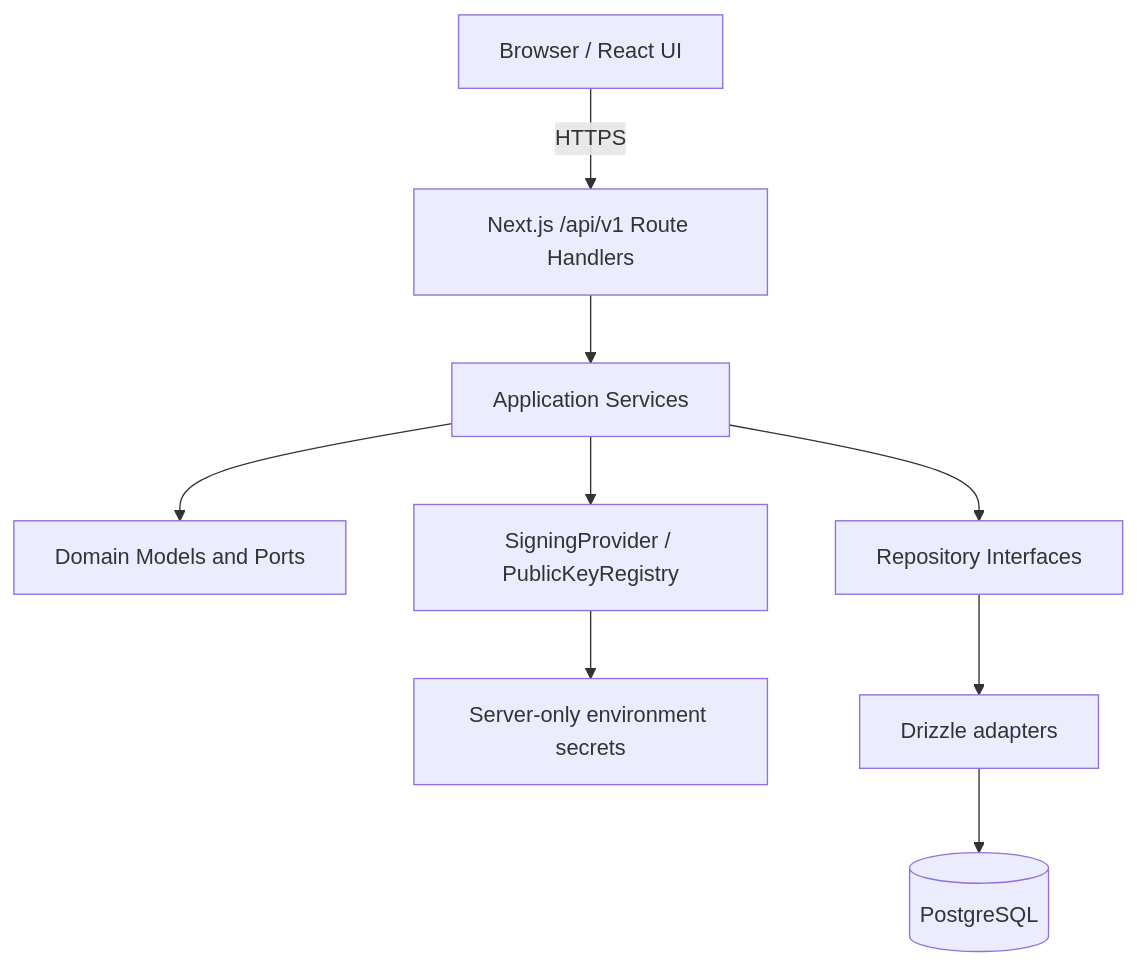
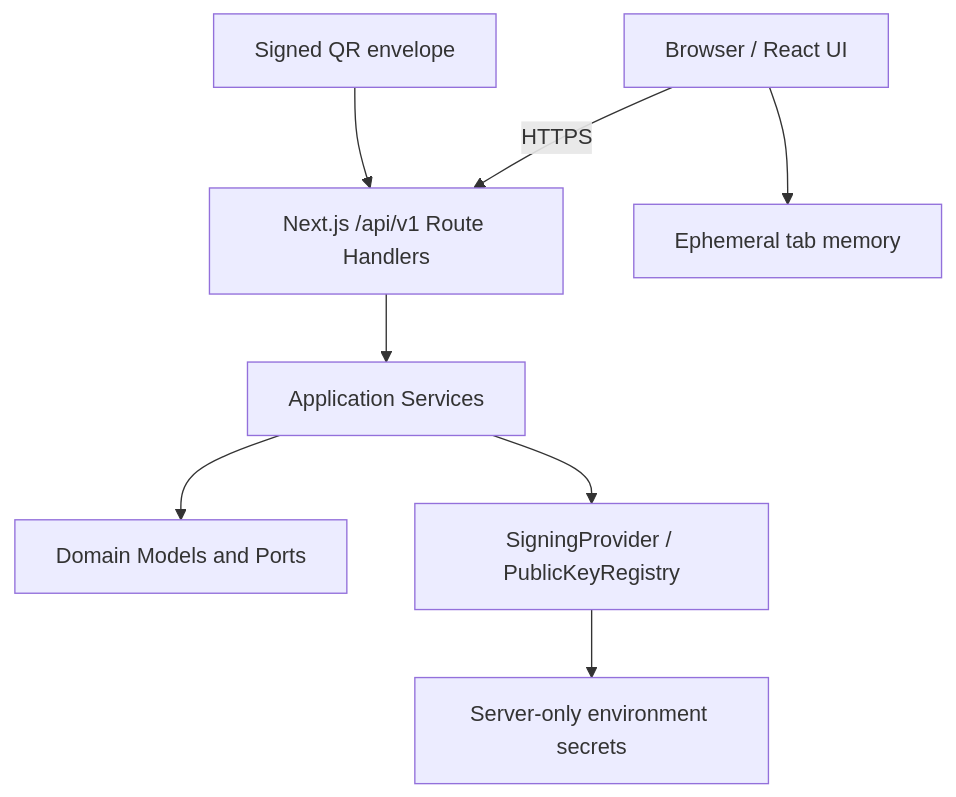
The diagram in README.md (chandro-dev/NuProof-Lab), drawn with Mermaid before and after one commit. The commit also changed other lines of this file and 41 other files, not shown here.

````diff
--- a/README.md
+++ b/README.md
@@ -45,11 +43,10 @@
 ```mermaid
 flowchart TD
   Browser[Browser / React UI] -->|HTTPS| HTTP[Next.js /api/v1 Route Handlers]
   HTTP --> App[Application Services]
   App --> Domain[Domain Models and Ports]
   App --> Crypto[SigningProvider / PublicKeyRegistry]
-  App --> Repos[Repository Interfaces]
   Crypto --> Env[Server-only environment secrets]
-  Repos --> Drizzle[Drizzle adapters]
-  Drizzle --> PG[(PostgreSQL)]
+  Browser --> Session[Ephemeral tab memory]
+  QR[Signed QR envelope] --> HTTP
 ```
````
